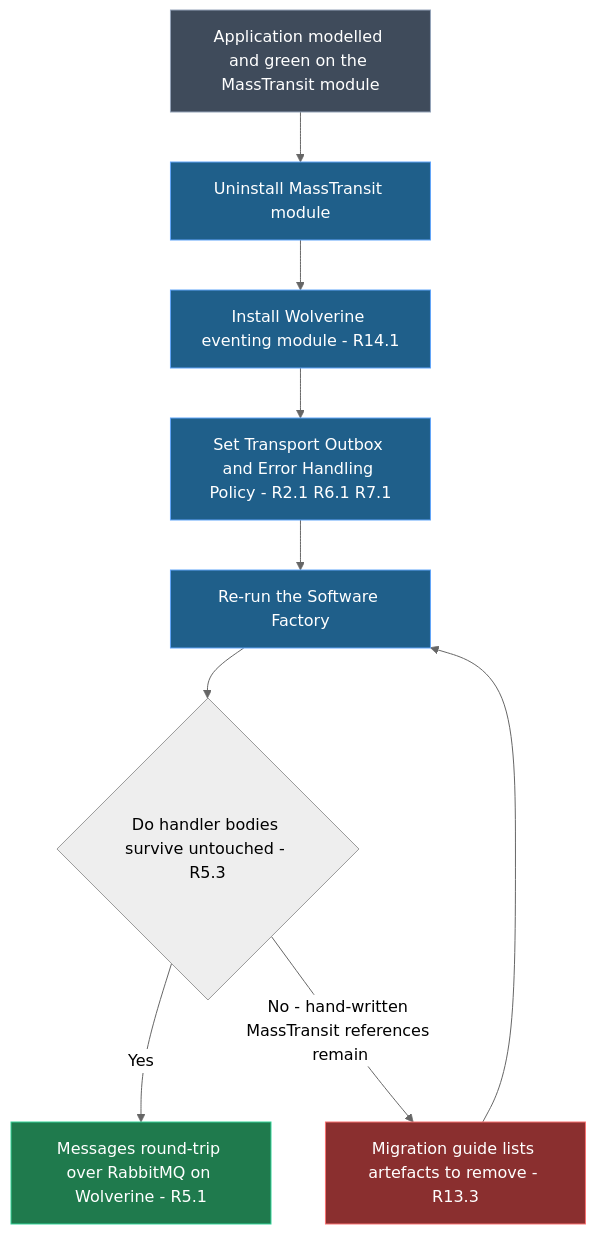
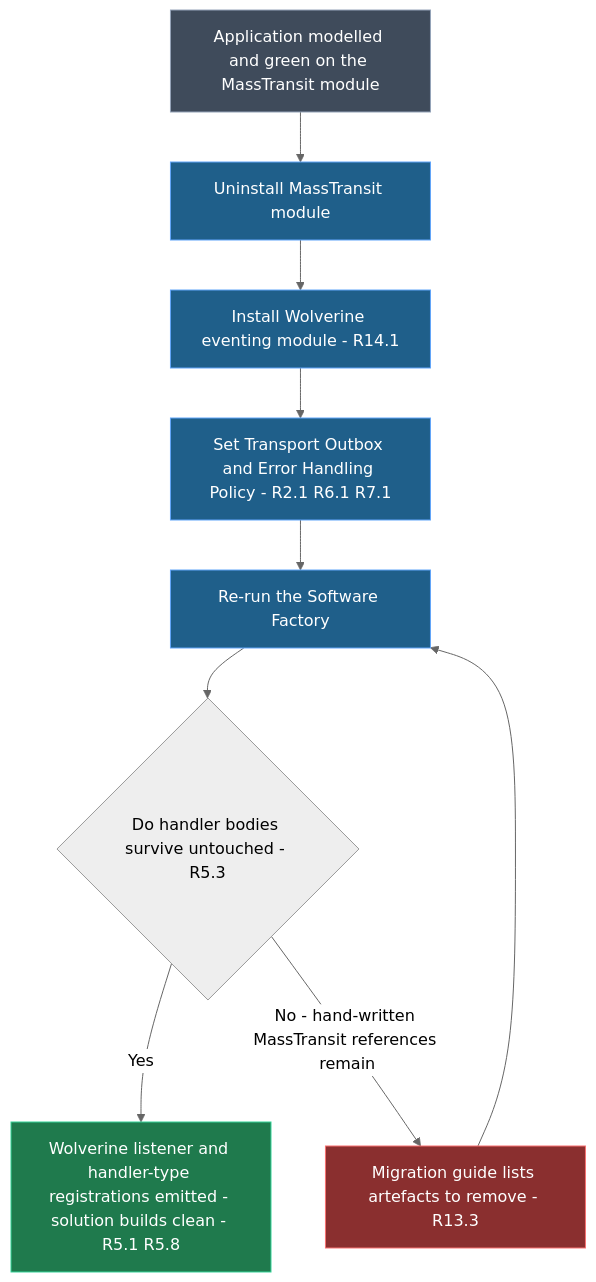
One commit to IntentArchitect/Intent.Modules.NET changed the first of 6 diagrams in intent/.specs/wolverine-eventing-module/requirements.mdx. Above: the diagram before and after it, drawn with Mermaid (neutral theme). The commit also changed other lines of this file and 6 other files, not shown here.

````diff
--- a/intent/.specs/wolverine-eventing-module/requirements.mdx
+++ b/intent/.specs/wolverine-eventing-module/requirements.mdx
@@ -34,15 +53,15 @@
 ```mermaid
 flowchart TD
   classDef existing fill:#3f4b5b,stroke:#94a3b8,color:#ffffff
   classDef action fill:#1f5f8a,stroke:#60a5fa,color:#ffffff
   classDef win fill:#1f7a4d,stroke:#34d399,color:#ffffff
   classDef bad fill:#8a2f2f,stroke:#f87171,color:#ffffff
   A[Application modelled and green on the MassTransit module]:::existing --> B[Uninstall MassTransit module]:::action
   B --> C[Install Wolverine eventing module - R14.1]:::action
   C --> D[Set Transport Outbox and Error Handling Policy - R2.1 R6.1 R7.1]:::action
   D --> E[Re-run the Software Factory]:::action
   E --> F{Do handler bodies survive untouched - R5.3}
-  F -->|Yes| G[Messages round-trip over RabbitMQ on Wolverine - R5.1]:::win
+  F -->|Yes| G[Wolverine listener and handler-type registrations emitted - solution builds clean - R5.1 R5.8]:::win
   F -->|No - hand-written MassTransit references remain| H[Migration guide lists artefacts to remove - R13.3]:::bad
   H --> E
 ```
````
